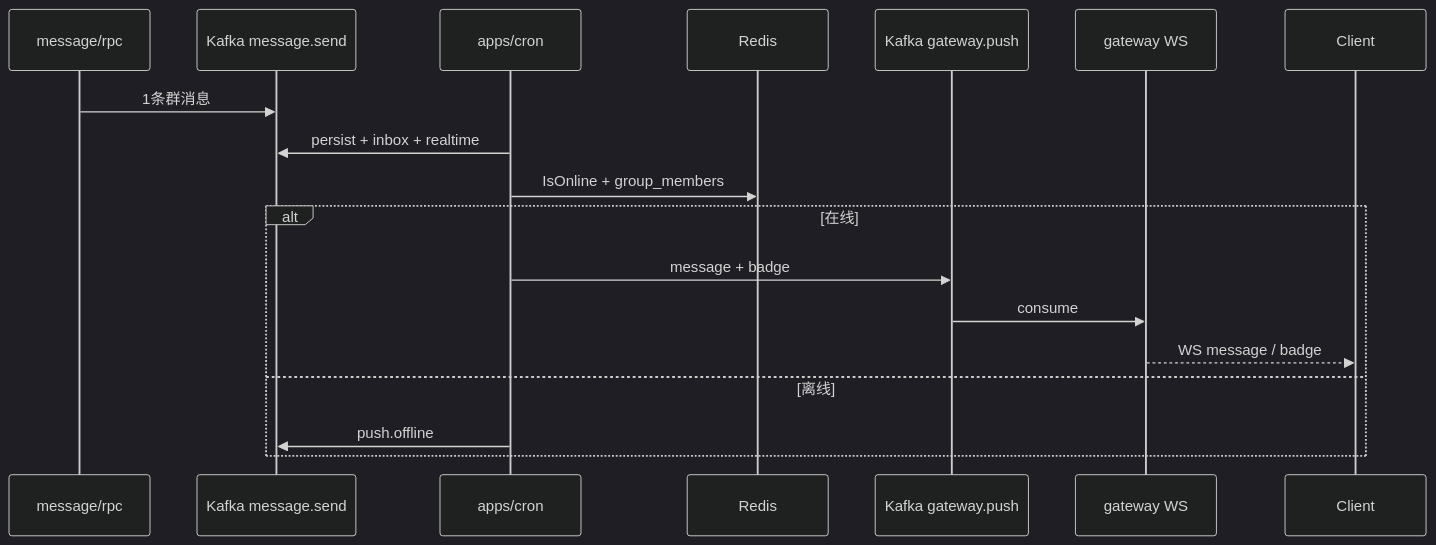
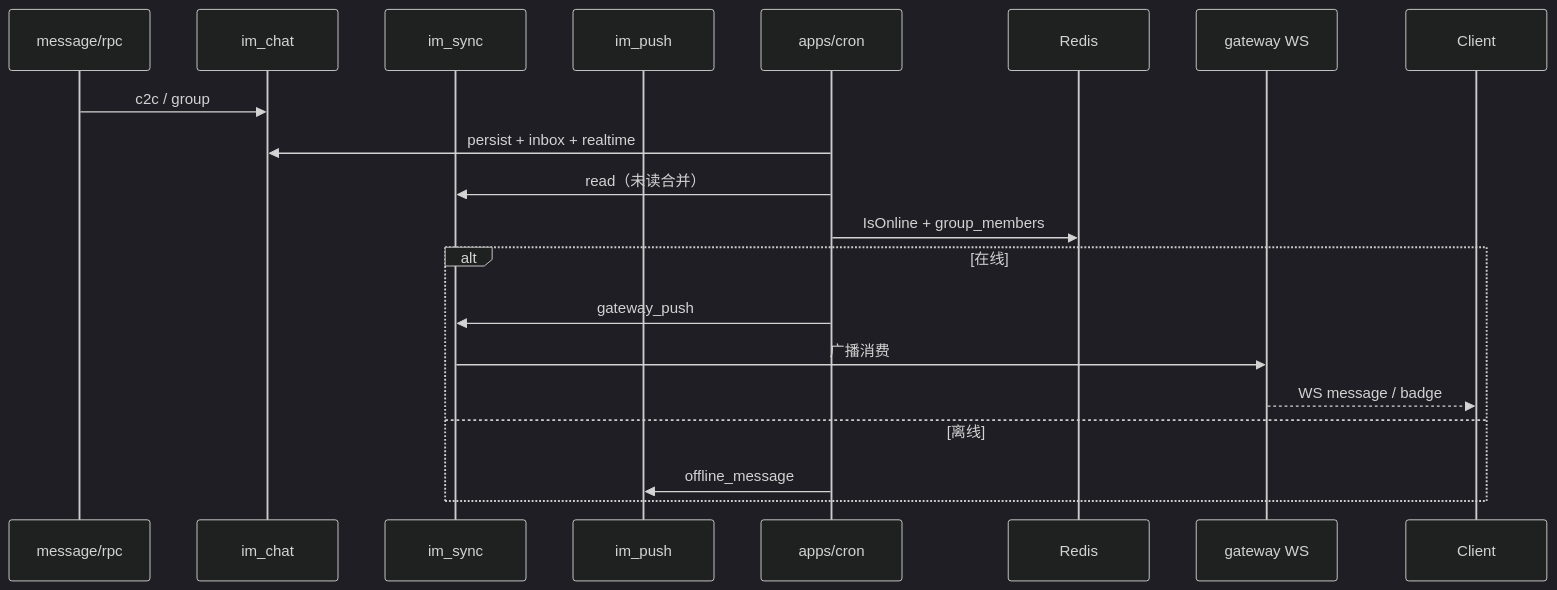
Before and after one commit to AlbertChenshiqi/im: the fourth of 6 diagrams in README.md, drawn with Mermaid (dark theme). The commit also changed other lines of this file and 273 other files, not shown here.

````diff
--- a/README.md
+++ b/README.md
@@ -183,21 +183,23 @@
 ```mermaid
 sequenceDiagram
   participant MRPC as message/rpc
-  participant K1 as Kafka message.send
+  participant Chat as im_chat
+  participant Sync as im_sync
+  participant Push as im_push
   participant Cron as apps/cron
   participant Redis as Redis
-  participant Kgw as Kafka gateway.push
   participant GW as gateway WS
   participant C as Client
 
-  MRPC->>K1: 1条群消息
-  Cron->>K1: persist + inbox + realtime
+  MRPC->>Chat: c2c / group
+  Cron->>Chat: persist + inbox + realtime
+  Cron->>Sync: read（未读合并）
   Cron->>Redis: IsOnline + group_members
   alt 在线
-    Cron->>Kgw: message + badge
-    Kgw->>GW: consume
+    Cron->>Sync: gateway_push
+    Sync->>GW: 广播消费
     GW-->>C: WS message / badge
   else 离线
-    Cron->>K1: push.offline
+    Cron->>Push: offline_message
   end
 ```
````
